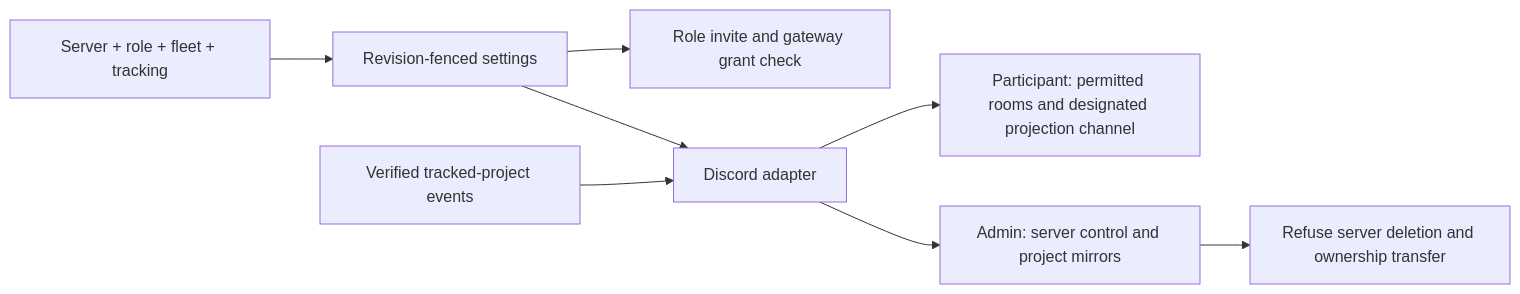
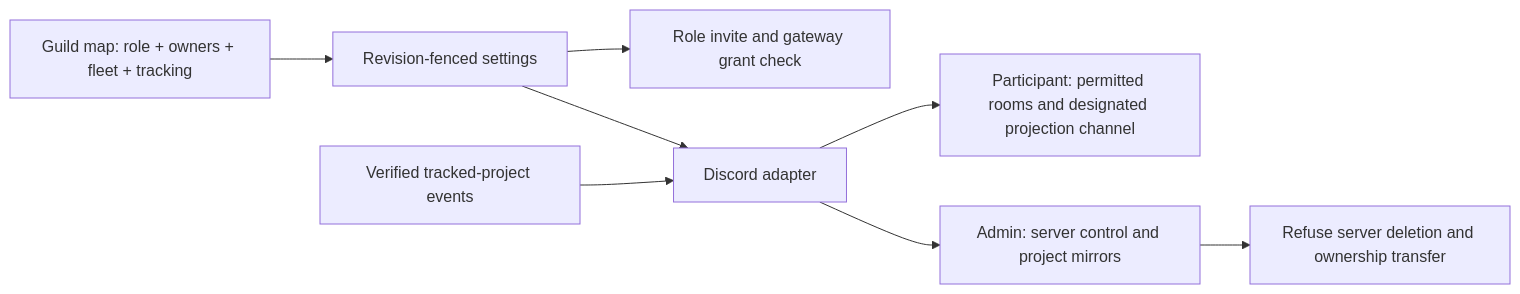
One commit to Volpestyle/clankie changed the diagram in docs/adr/0227-discord-connects-a-server-with-a-role.md. Above: the diagram before and after it, drawn with Mermaid. The commit also changed other lines of this file and 28 other files, not shown here.

First line of the commit message:
feat(discord): configure roles, owners and projections per guild (VUH-2554)

````diff
--- a/docs/adr/0227-discord-connects-a-server-with-a-role.md
+++ b/docs/adr/0227-discord-connects-a-server-with-a-role.md
@@ -51,10 +50,10 @@
 ```mermaid
 flowchart LR
-  Setup[Server + role + fleet + tracking] --> Settings[Revision-fenced settings]
+  Setup[Guild map: role + owners + fleet + tracking] --> Settings[Revision-fenced settings]
   Settings --> Checks[Role invite and gateway grant check]
   Settings --> Adapter[Discord adapter]
   Adapter --> Participant[Participant: permitted rooms and designated projection channel]
   Adapter --> Admin[Admin: server control and project mirrors]
   Admin --> Floor[Refuse server deletion and ownership transfer]
   Tracked[Verified tracked-project events] --> Adapter
 ```
````
